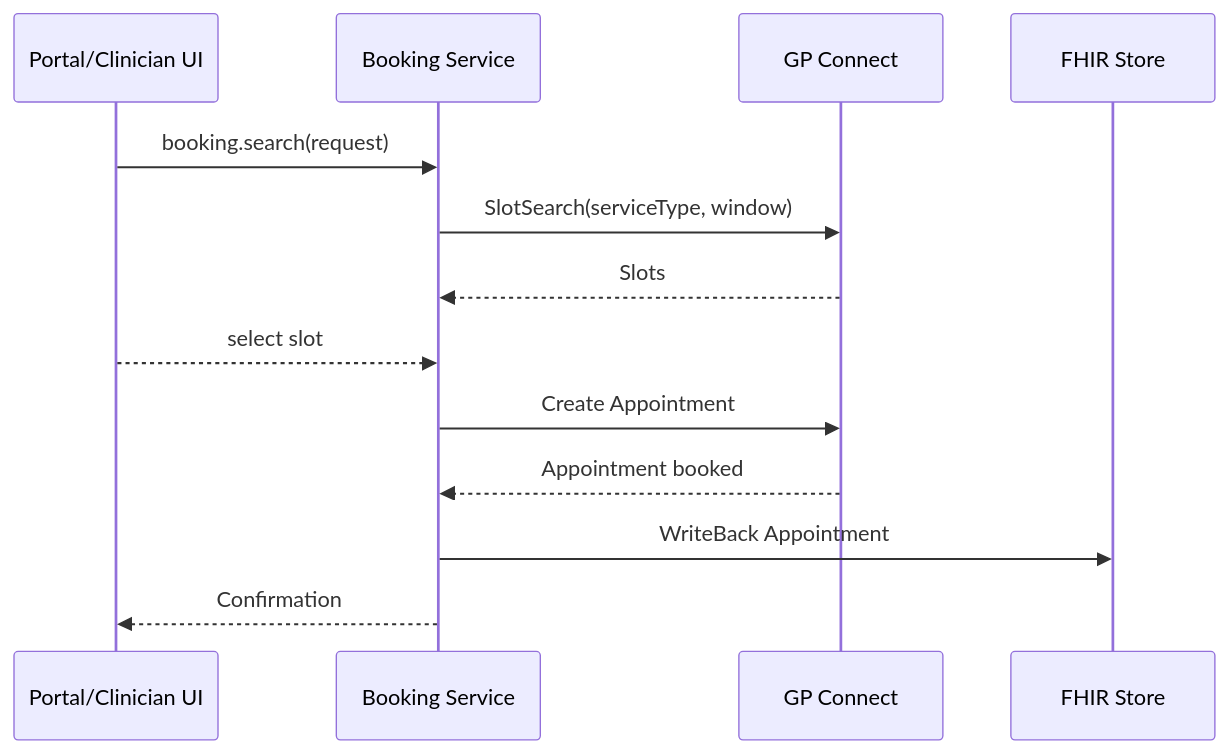
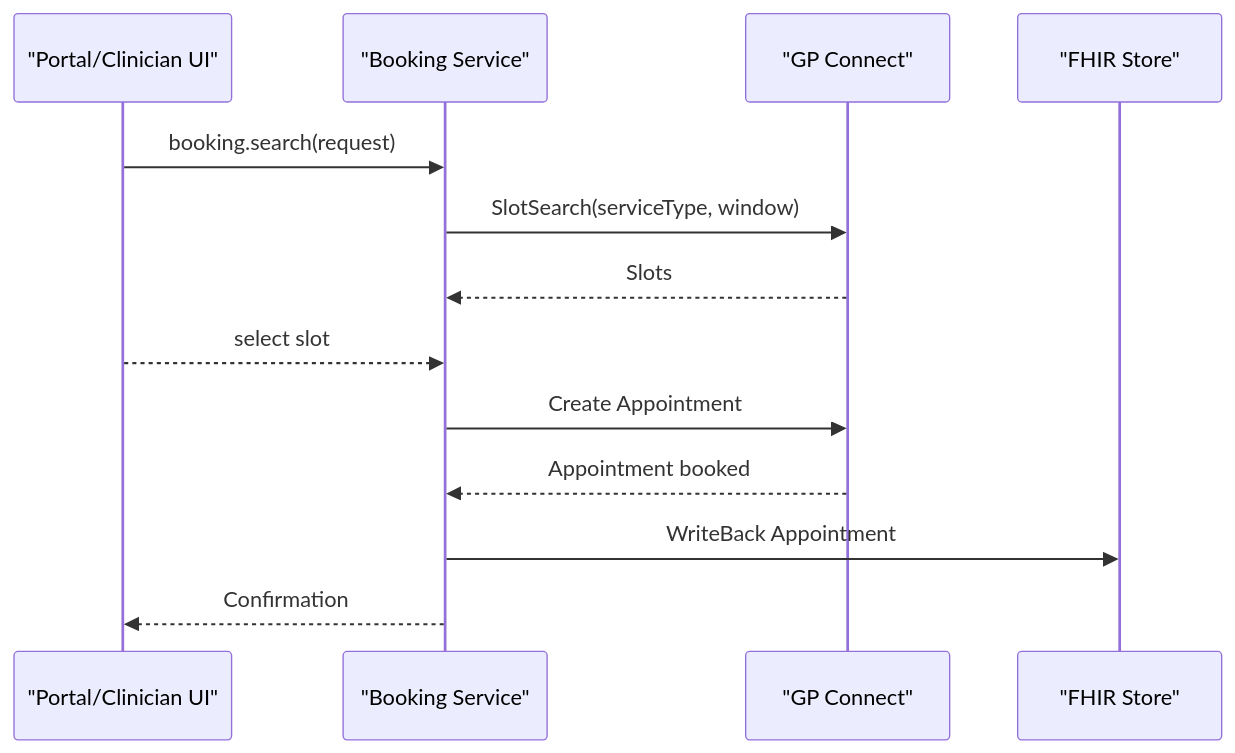
One commit to georgeahmed/onecare changed the seventh of 12 diagrams in Algorithm.md. Above: the diagram before and after it, drawn with Mermaid. The commit also changed other lines of this file and 3 other files, not shown here.

````diff
--- a/Algorithm.md
+++ b/Algorithm.md
@@ -484,15 +484,15 @@
 ```mermaid
 sequenceDiagram
-  participant UI as Portal/Clinician UI
-  participant BK as Booking Service
-  participant GC as GP Connect
-  participant F as FHIR Store
+  participant UI as "Portal/Clinician UI"
+  participant BK as "Booking Service"
+  participant GC as "GP Connect"
+  participant F as "FHIR Store"
   UI->>BK: booking.search(request)
   BK->>GC: SlotSearch(serviceType, window)
   GC-->>BK: Slots
   UI-->>BK: select slot
   BK->>GC: Create Appointment
   GC-->>BK: Appointment booked
   BK->>F: WriteBack Appointment
   BK-->>UI: Confirmation
 ```
````
